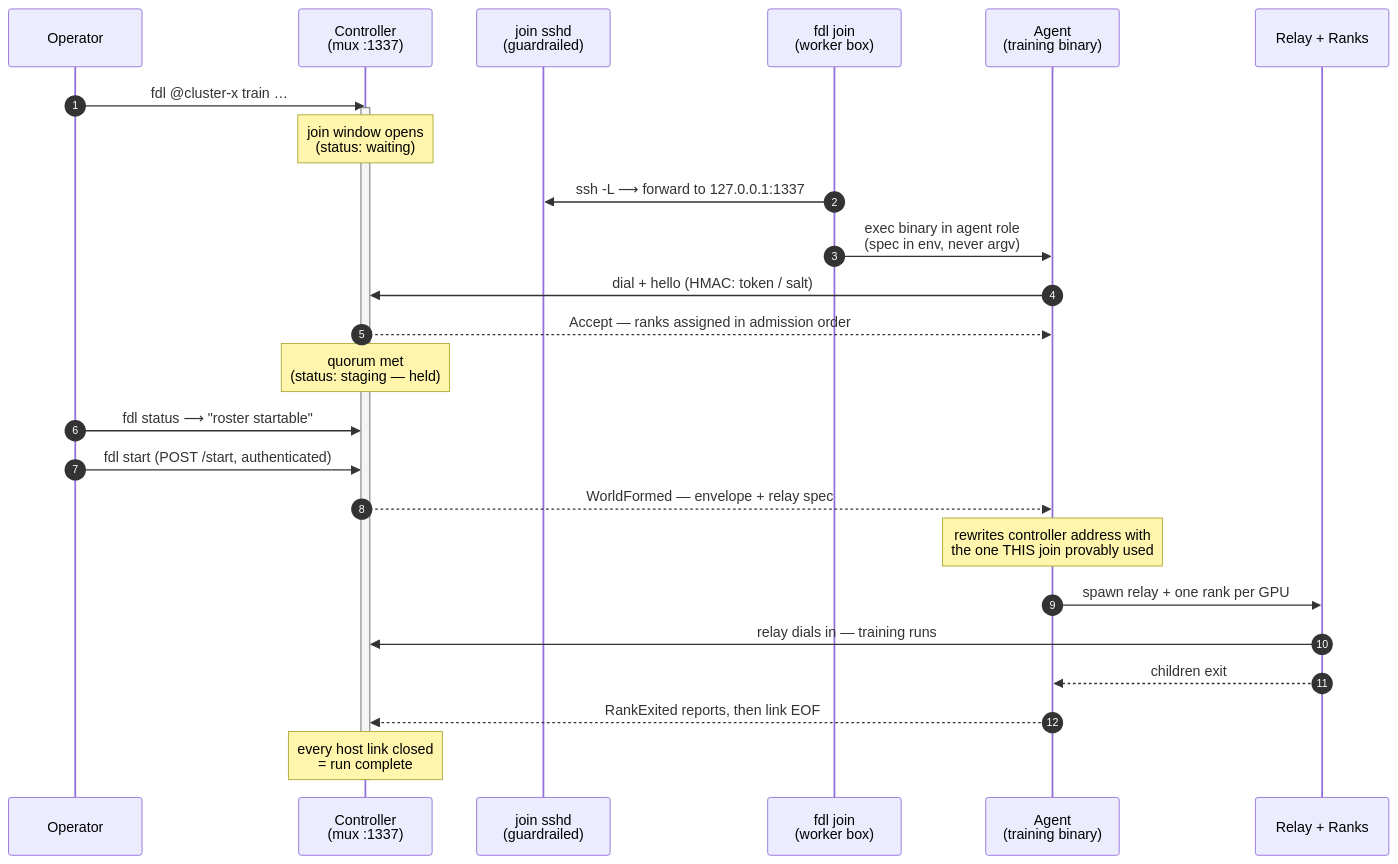
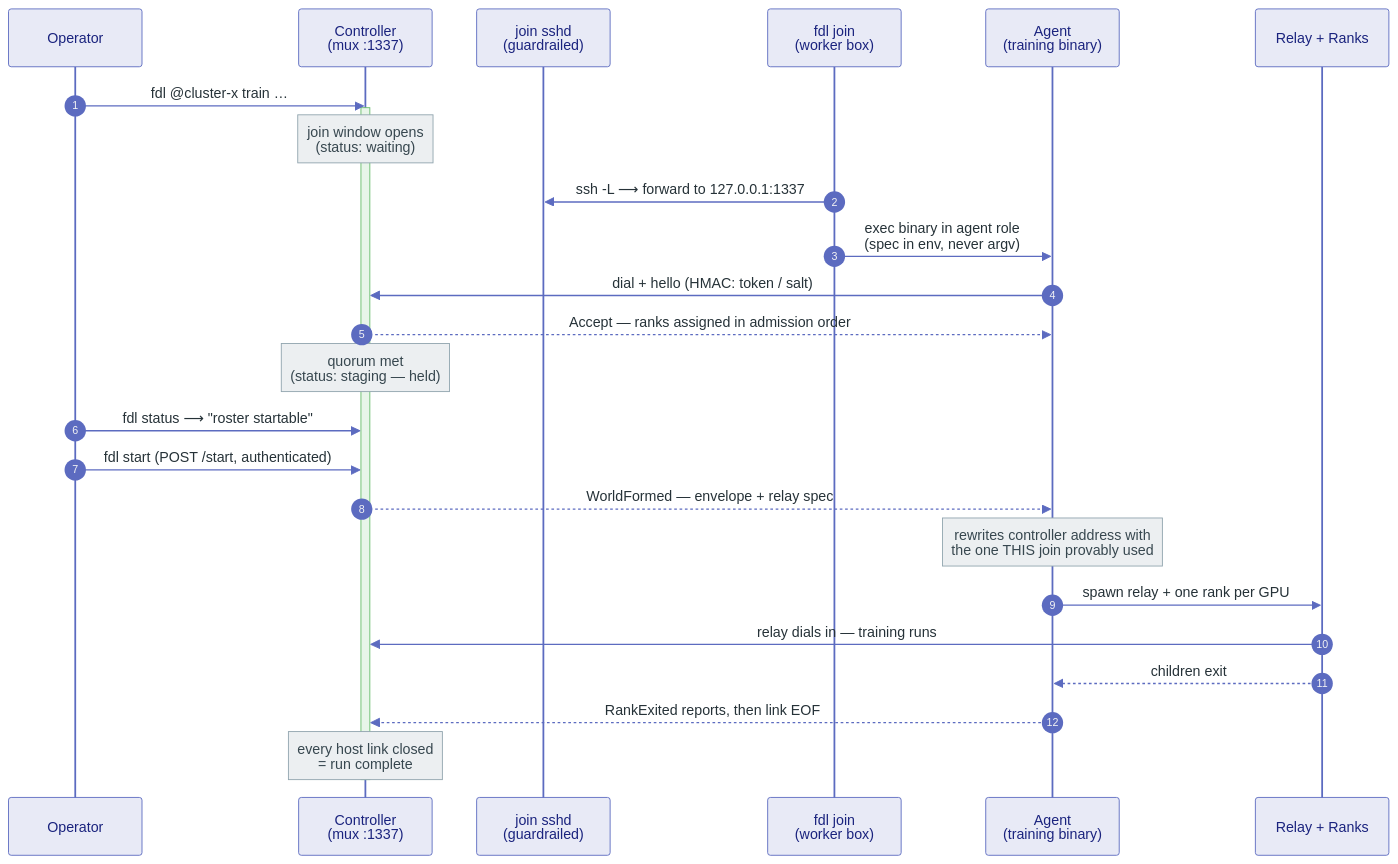
The first of 2 diagrams in docs/ddp/02-cluster-guide.md (fab2s/floDl), drawn with Mermaid before and after one commit. The commit also changed other lines of this file and 6 other files, not shown here.

Commit message:
doc: mermaid palette

````diff
--- a/docs/ddp/02-cluster-guide.md
+++ b/docs/ddp/02-cluster-guide.md
@@ -104,29 +104,30 @@
 ```mermaid
+%%{init: {"theme":"base","themeVariables":{"actorBkg":"#e8eaf6","actorBorder":"#5c6bc0","actorTextColor":"#1a237e","signalColor":"#5c6bc0","signalTextColor":"#263238","noteBkgColor":"#eceff1","noteBorderColor":"#90a4ae","noteTextColor":"#37474f","labelBoxBkg":"#eceff1","labelBoxBorderColor":"#90a4ae","labelTextColor":"#37474f","activationBkgColor":"#e8f5e9","activationBorderColor":"#66bb6a"}}}%%
 sequenceDiagram
     autonumber
     participant OP as Operator
     participant CTRL as Controller<br/>(mux :1337)
     participant SSHD as join sshd<br/>(guardrailed)
     participant FJ as fdl join<br/>(worker box)
     participant AG as Agent<br/>(training binary)
     participant RR as Relay + Ranks
 
     OP->>CTRL: fdl @cluster-x train …
     activate CTRL
     Note over CTRL: join window opens<br/>(status: waiting)
     FJ->>SSHD: ssh -L ⟶ forward to 127.0.0.1:1337
     FJ->>AG: exec binary in agent role<br/>(spec in env, never argv)
     AG->>CTRL: dial + hello (HMAC: token / salt)
     CTRL-->>AG: Accept — ranks assigned in admission order
     Note over CTRL: quorum met<br/>(status: staging — held)
     OP->>CTRL: fdl status  ⟶  "roster startable"
     OP->>CTRL: fdl start (POST /start, authenticated)
     CTRL-->>AG: WorldFormed — envelope + relay spec
     Note over AG: rewrites controller address with<br/>the one THIS join provably used
     AG->>RR: spawn relay + one rank per GPU
     RR->>CTRL: relay dials in — training runs
     RR-->>AG: children exit
     AG-->>CTRL: RankExited reports, then link EOF
     Note over CTRL: every host link closed<br/>= run complete
     deactivate CTRL
 ```
````
